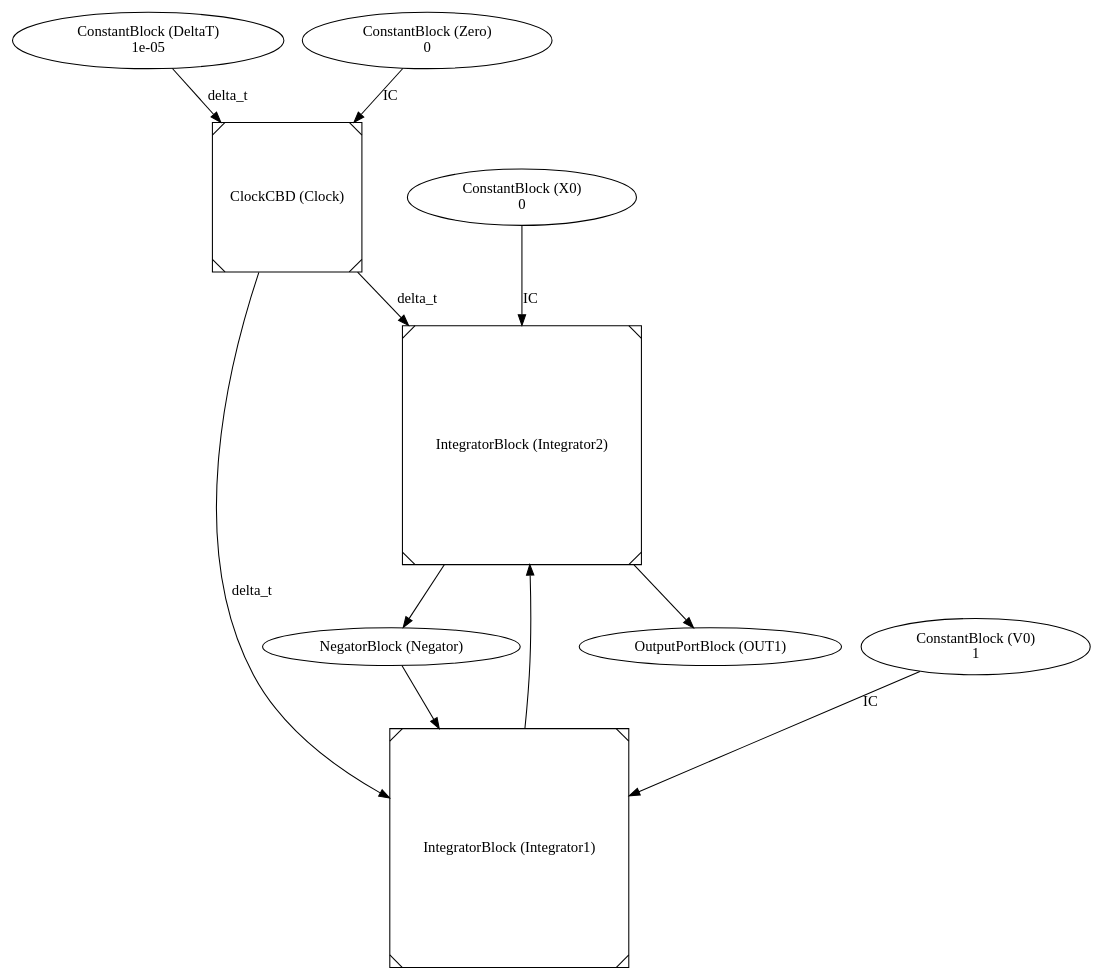
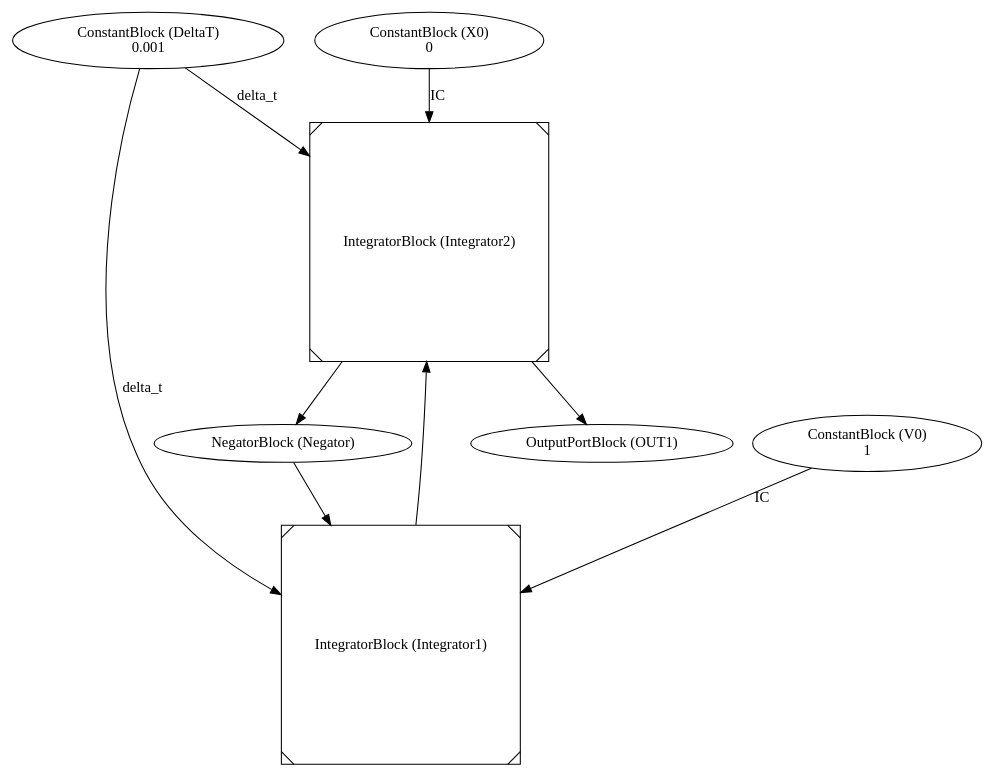
Before and after one commit to desmetr/MoSIS: the diagram in 3CBD Continuous/CBD/output/CBD_A.dot, drawn with Graphviz. The commit also changed 26 other files, not shown here.

```diff
--- a/3CBD Continuous/CBD/output/CBD_A.dot
+++ b/3CBD Continuous/CBD/output/CBD_A.dot
@@ -1,22 +1,18 @@
 digraph graphname
 {OUT1 [label="OutputPortBlock (OUT1)"];
 Integrator2 -> OUT1 [label=""];
-Clock [label="ClockCBD (Clock)",shape=Msquare];
-DeltaT -> Clock [label="delta_t"];
-Zero -> Clock [label="IC"];
-Zero [label="ConstantBlock (Zero)\n0"];
-DeltaT [label="ConstantBlock (DeltaT)\n1e-05"];
+DeltaT [label="ConstantBlock (DeltaT)\n0.001"];
 Negator [label="NegatorBlock (Negator)"];
 Integrator2 -> Negator [label=""];
 Integrator1 [label="IntegratorBlock (Integrator1)",shape=Msquare];
-Clock -> Integrator1 [label="delta_t"];
+DeltaT -> Integrator1 [label="delta_t"];
 V0 -> Integrator1 [label="IC"];
 Negator -> Integrator1 [label=""];
 Integrator2 [label="IntegratorBlock (Integrator2)",shape=Msquare];
-Clock -> Integrator2 [label="delta_t"];
+DeltaT -> Integrator2 [label="delta_t"];
 X0 -> Integrator2 [label="IC"];
 Integrator1 -> Integrator2 [label=""];
 X0 [label="ConstantBlock (X0)\n0"];
 V0 [label="ConstantBlock (V0)\n1"];
 
 }
```
